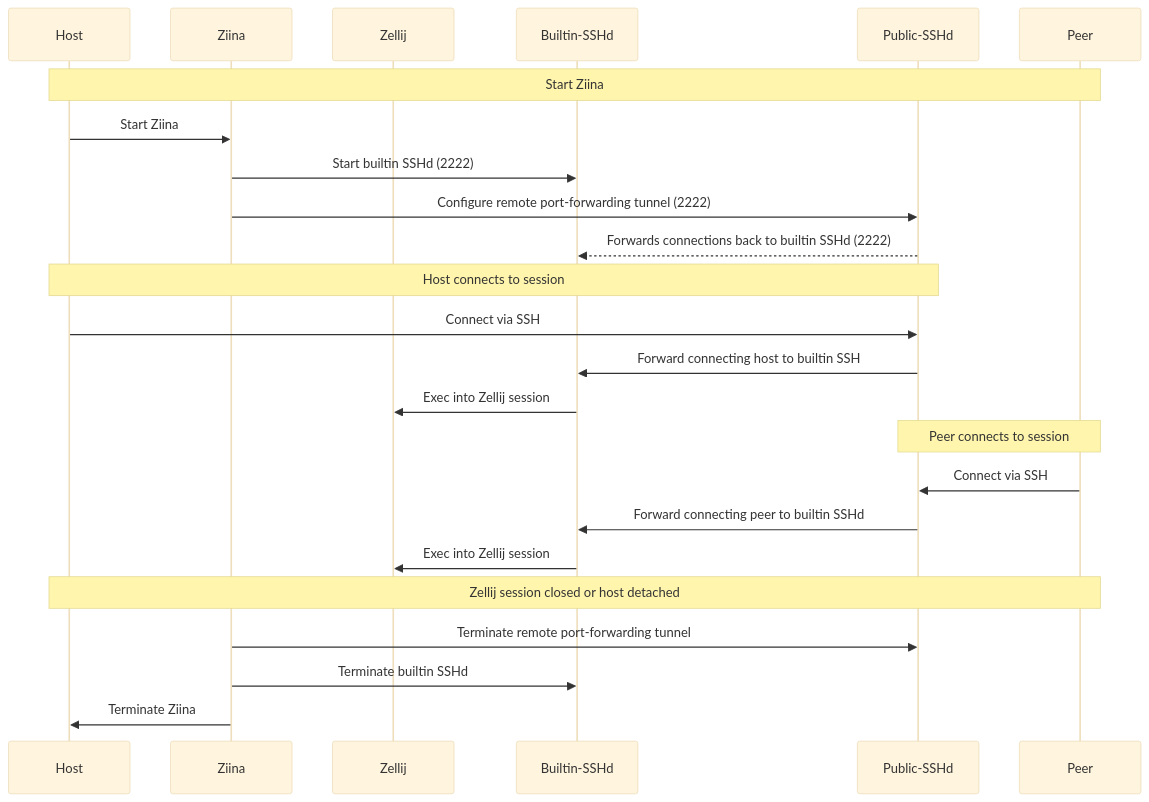
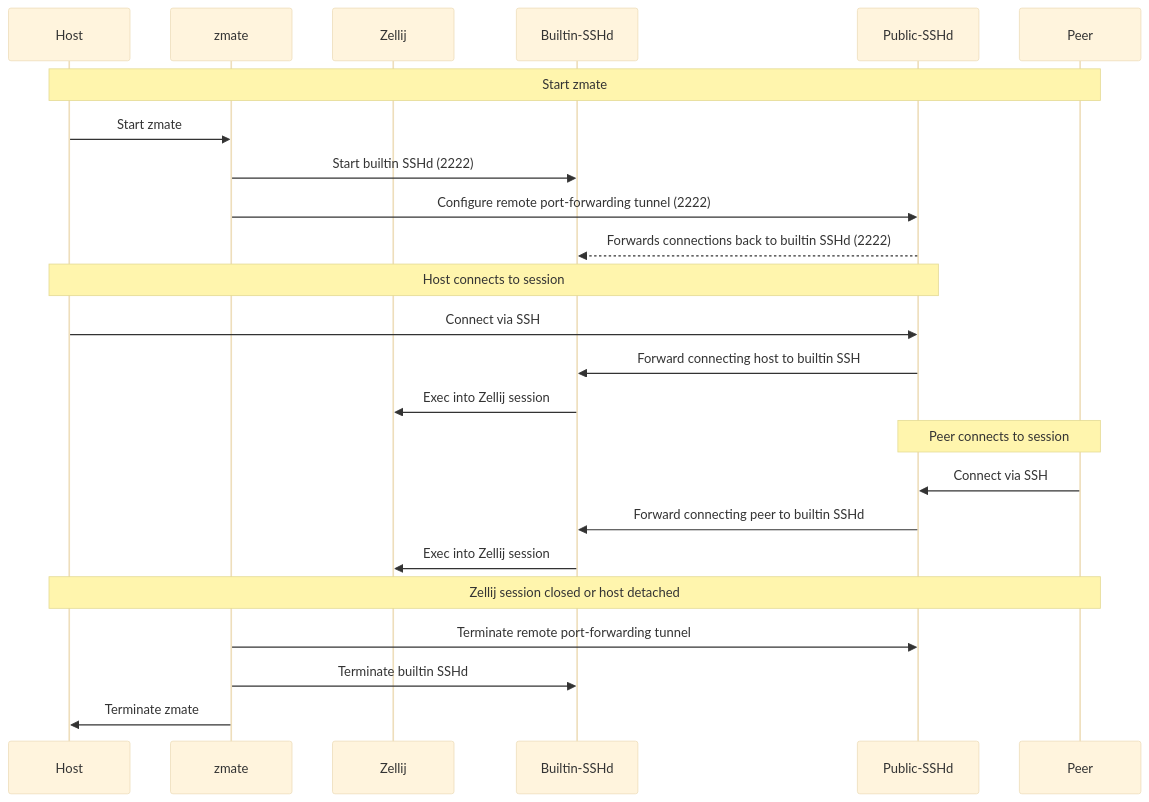
One commit to ziinaio/ziina changed the diagram in README.md. Above: the diagram before and after it, drawn with Mermaid (base theme). The commit also changed other lines of this file and 1 other file, not shown here.

Commit message:
🚚 Rebrand to zmate

````diff
--- a/README.md
+++ b/README.md
@@ -30,30 +30,30 @@
 ```mermaid
 sequenceDiagram
     participant Host
-    participant Ziina
+    participant zmate
     participant Zellij
     participant Builtin-SSHd
     participant Public-SSHd
     participant Peer
 
-    Note over Host,Peer: Start Ziina
-    Host->>Ziina: Start Ziina
-    Ziina->>Builtin-SSHd: Start builtin SSHd (2222)
-    Ziina->>Public-SSHd: Configure remote port-forwarding tunnel (2222)
+    Note over Host,Peer: Start zmate
+    Host->>zmate: Start zmate
+    zmate->>Builtin-SSHd: Start builtin SSHd (2222)
+    zmate->>Public-SSHd: Configure remote port-forwarding tunnel (2222)
     Public-SSHd-->>Builtin-SSHd: Forwards connections back to builtin SSHd (2222)
 
     Note over Host,Public-SSHd: Host connects to session
     Host->>Public-SSHd: Connect via SSH
     Public-SSHd->>Builtin-SSHd: Forward connecting host to builtin SSH
     Builtin-SSHd->>Zellij: Exec into Zellij session
 
     Note over Public-SSHd,Peer: Peer connects to session
     Peer->>Public-SSHd: Connect via SSH
     Public-SSHd->>Builtin-SSHd: Forward connecting peer to builtin SSHd
     Builtin-SSHd->>Zellij: Exec into Zellij session
 
     Note over Host,Peer: Zellij session closed or host detached
-    Ziina->>Public-SSHd: Terminate remote port-forwarding tunnel
-    Ziina->>Builtin-SSHd: Terminate builtin SSHd
-    Ziina->>Host: Terminate Ziina
+    zmate->>Public-SSHd: Terminate remote port-forwarding tunnel
+    zmate->>Builtin-SSHd: Terminate builtin SSHd
+    zmate->>Host: Terminate zmate
 ```
````
